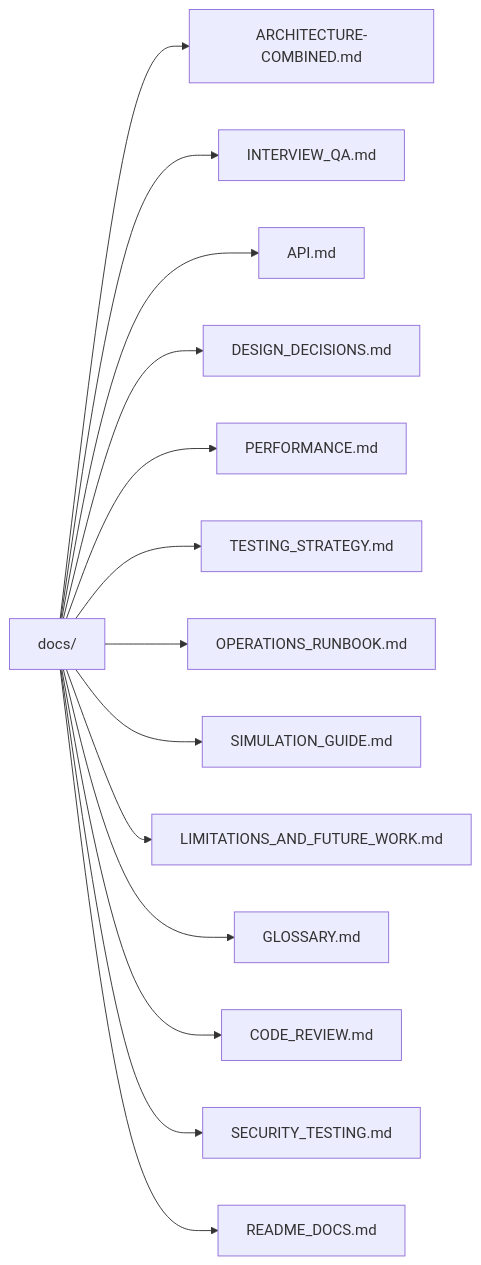
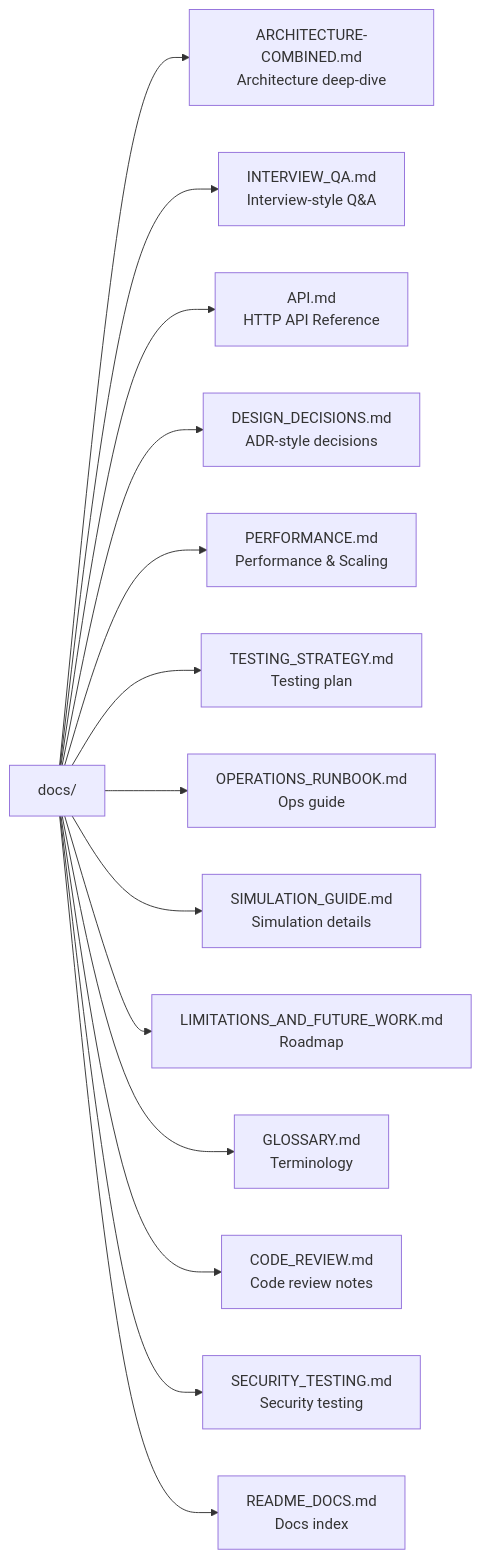
Diagram 11 of 11 in README.md (yasserebrahimi/MarketDataSystem), drawn with Mermaid before and after one commit. The commit also changed other lines of this file, not shown here.

````diff
--- a/README.md
+++ b/README.md
@@ -546,16 +501,16 @@
 ```mermaid
 flowchart LR
-    D[docs/] --> Arch[ARCHITECTURE-COMBINED.md]
-    D --> QA[INTERVIEW_QA.md]
-    D --> ApiDoc[API.md]
-    D --> Design[DESIGN_DECISIONS.md]
-    D --> Perf[PERFORMANCE.md]
-    D --> Test[TESTING_STRATEGY.md]
-    D --> Runbook[OPERATIONS_RUNBOOK.md]
-    D --> Sim[SIMULATION_GUIDE.md]
-    D --> Limit[LIMITATIONS_AND_FUTURE_WORK.md]
-    D --> Gloss[GLOSSARY.md]
-    D --> CR[CODE_REVIEW.md]
-    D --> Sec[SECURITY_TESTING.md]
-    D --> Index[README_DOCS.md]
+    D["docs/"] --> Arch["ARCHITECTURE-COMBINED.md<br/>Architecture deep-dive"]
+    D --> QA["INTERVIEW_QA.md<br/>Interview-style Q&A"]
+    D --> ApiDoc["API.md<br/>HTTP API Reference"]
+    D --> Design["DESIGN_DECISIONS.md<br/>ADR-style decisions"]
+    D --> Perf["PERFORMANCE.md<br/>Performance & Scaling"]
+    D --> Test["TESTING_STRATEGY.md<br/>Testing plan"]
+    D --> Runbook["OPERATIONS_RUNBOOK.md<br/>Ops guide"]
+    D --> Sim["SIMULATION_GUIDE.md<br/>Simulation details"]
+    D --> Limit["LIMITATIONS_AND_FUTURE_WORK.md<br/>Roadmap"]
+    D --> Gloss["GLOSSARY.md<br/>Terminology"]
+    D --> CR["CODE_REVIEW.md<br/>Code review notes"]
+    D --> Sec["SECURITY_TESTING.md<br/>Security testing"]
+    D --> Index["README_DOCS.md<br/>Docs index"]
 ```
````
